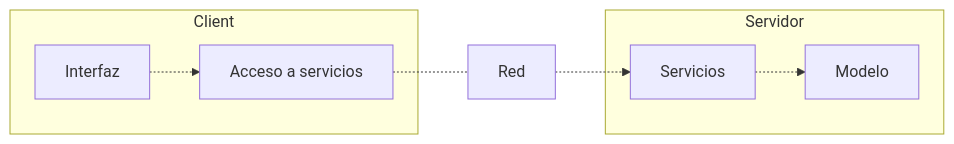
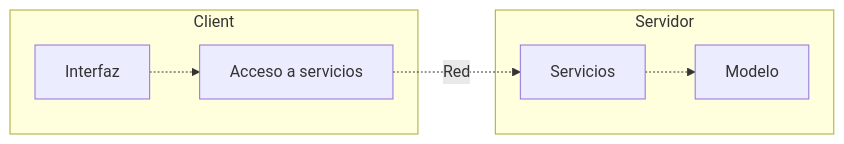
Before and after one commit to Adega318/uni-apuntes: the diagram in 3/3.1/isd/teoríca/isd-service_REST.md, drawn with Mermaid. The commit also changed other lines of this file, not shown here.

Commit message:
vault backup: 2023-11-02 11:30:13

````diff
--- a/3/3.1/isd/teoríca/isd-service_REST.md
+++ b/3/3.1/isd/teoríca/isd-service_REST.md
@@ -4,10 +4,10 @@
 ```mermaid
 flowchart LR
 	subgraph Client
-		Interfaz -.-> a[Acceso a servicios]
+		I[Interfaz] -.-> AS[Acceso a servicios]
 	end
 	subgraph Servidor
-		Servicios -.-> Modelo
+		S[Servicios] -.-> M[Modelo]
 	end
-	a -.- Red -.-> Servicios
+	AS -.->|Red| S
 ```
````
